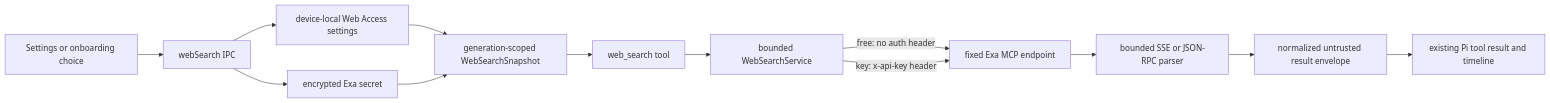
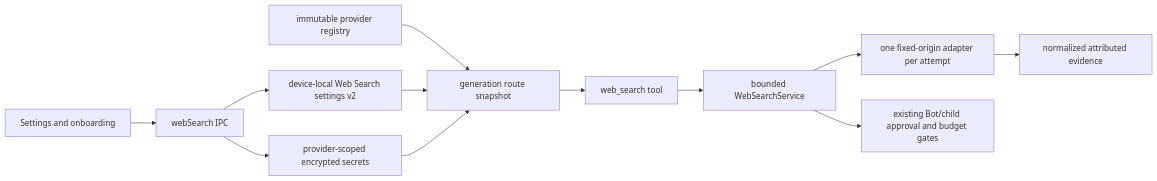
Before and after one commit to sambitcreate/aiden-agent: the diagram in docs/plans/web-access-rehaul-plan.md, drawn with Mermaid. The commit also changed other lines of this file and 1 other file, not shown here.

Commit message:
docs(web-search): expand provider zoo plan

````diff
--- a/docs/plans/web-access-rehaul-plan.md
+++ b/docs/plans/web-access-rehaul-plan.md
@@ -211,15 +277,14 @@
 ```mermaid
 flowchart LR
-    UI[Settings or onboarding choice] --> IPC[webSearch IPC]
-    IPC --> CFG[device-local Web Access settings]
-    IPC --> KEY[encrypted Exa secret]
-    CFG --> SNAP[generation-scoped WebSearchSnapshot]
-    KEY --> SNAP
+    UI[Settings and onboarding] --> IPC[webSearch IPC]
+    IPC --> CFG[device-local Web Search settings v2]
+    IPC --> SEC[provider-scoped encrypted secrets]
+    REG[immutable provider registry] --> SNAP[generation route snapshot]
+    CFG --> SNAP
+    SEC --> SNAP
     SNAP --> TOOL[web_search tool]
-    TOOL --> SVC[bounded WebSearchService]
-    SVC -->|free: no auth header| MCP[fixed Exa MCP endpoint]
-    SVC -->|key: x-api-key header| MCP
-    MCP --> PARSE[bounded SSE or JSON-RPC parser]
-    PARSE --> RESULT[normalized untrusted result envelope]
-    RESULT --> CHAT[existing Pi tool result and timeline]
+    TOOL --> ROUTER[bounded WebSearchService]
+    ROUTER --> ADAPTER[one fixed-origin adapter per attempt]
+    ADAPTER --> RESULT[normalized attributed evidence]
+    ROUTER --> CHILD[existing Bot/child approval and budget gates]
 ```
````
